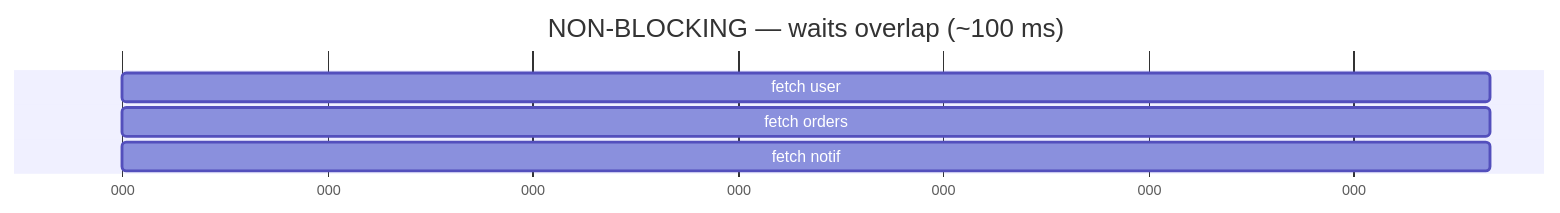
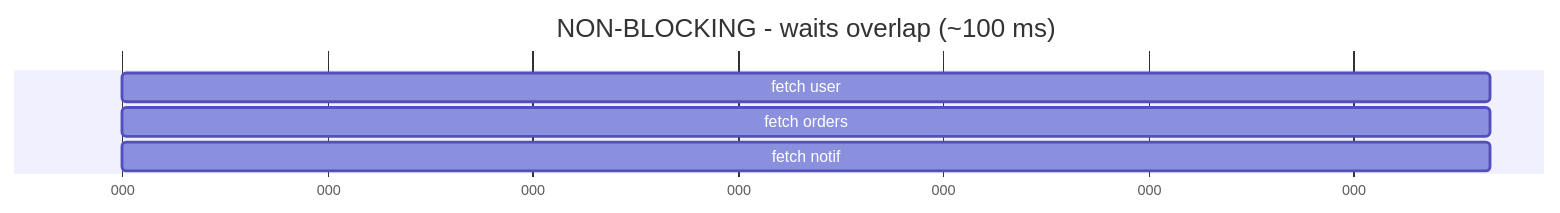
The second of 2 diagrams in guides/programming-concepts/async-await-and-the-event-loop/01-why-async-exists.md (Topurrra/themissingmanual), drawn with Mermaid before and after one commit. The commit also changed other lines of this file and 1072 other files, not shown here.

````diff
--- a/guides/programming-concepts/async-await-and-the-event-loop/01-why-async-exists.md
+++ b/guides/programming-concepts/async-await-and-the-event-loop/01-why-async-exists.md
@@ -58,9 +58,9 @@
 ```mermaid
 gantt
-  title NON-BLOCKING — waits overlap (~100 ms)
+  title NON-BLOCKING - waits overlap (~100 ms)
   dateFormat X
   axisFormat %L
   fetch user    :0, 100
   fetch orders  :0, 100
   fetch notif   :0, 100
 ```
````
